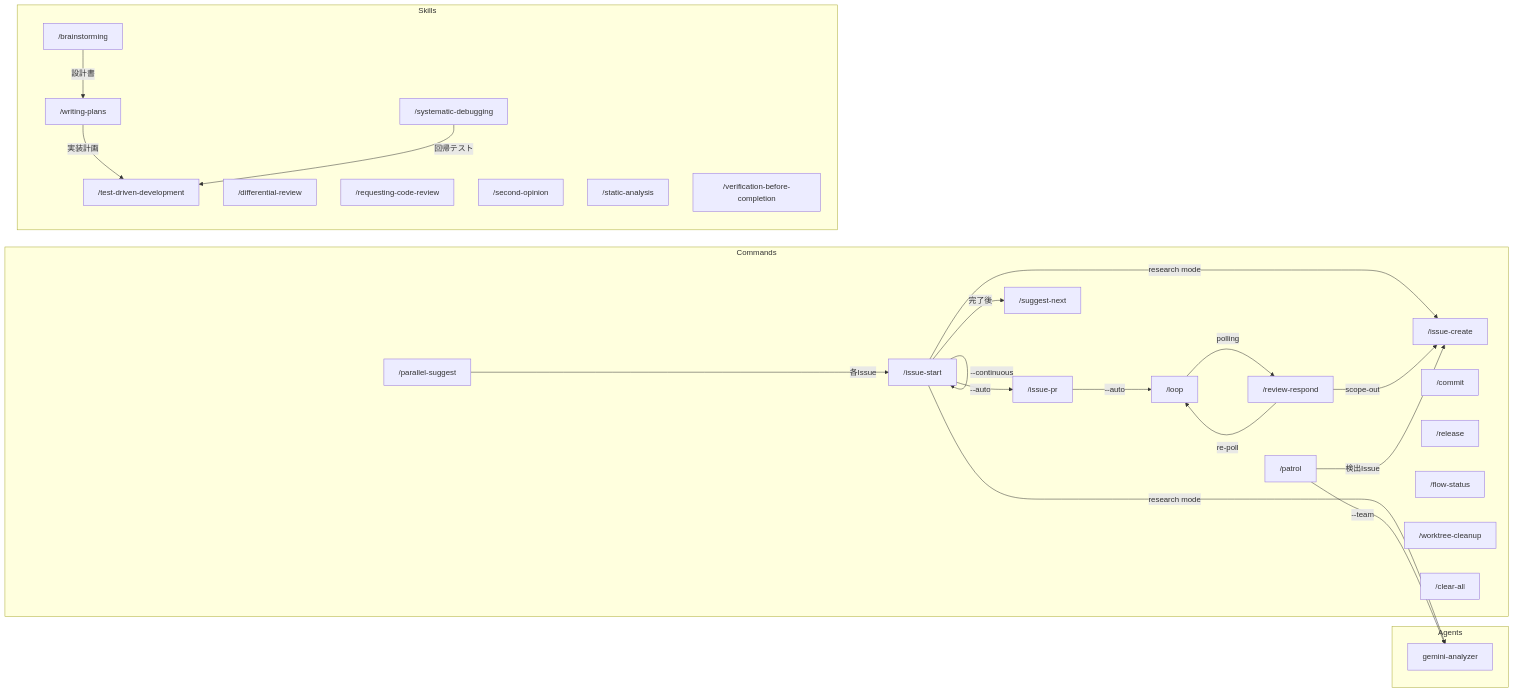
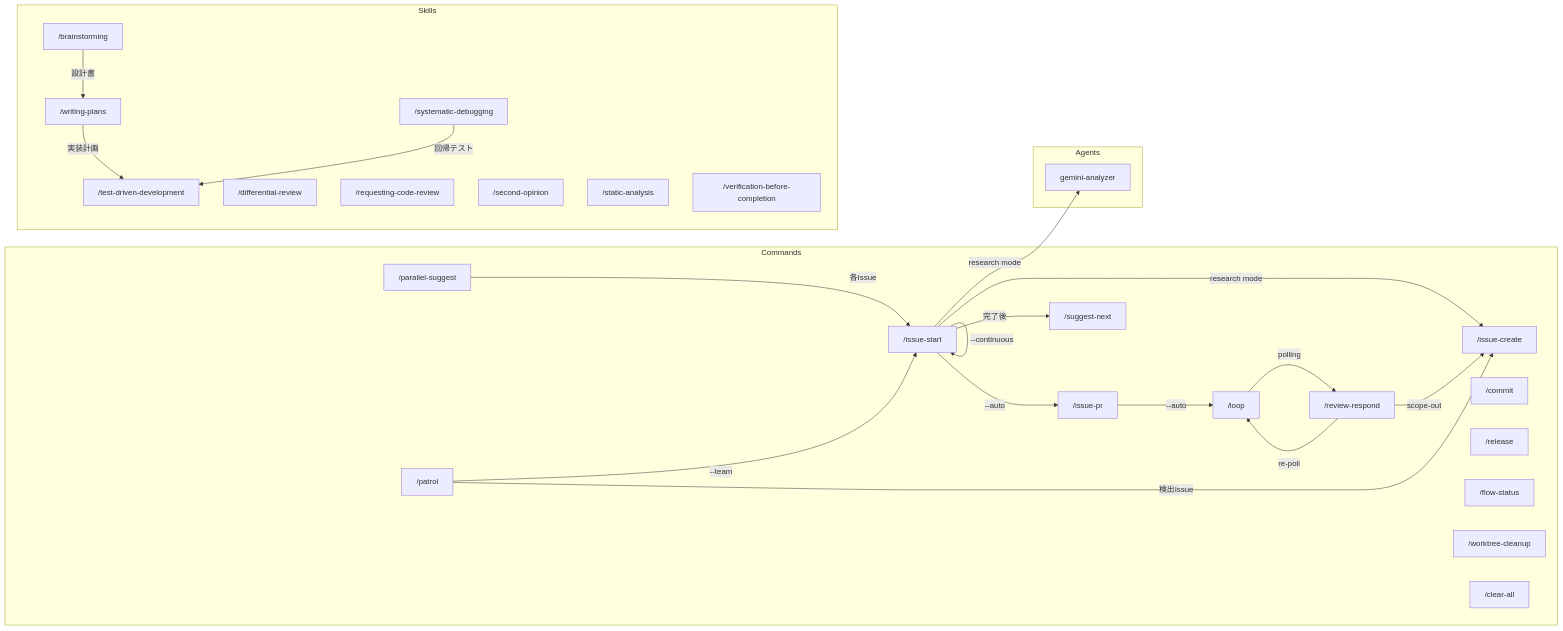
Before and after one commit to KdavisO/claude-project-template: the first of 8 diagrams in docs/command-orchestration.md, drawn with Mermaid. The commit also changed other lines of this file, not shown here.

First line of the commit message:
fix: Copilotレビュー指摘に基づくフロー図の修正

````diff
--- a/docs/command-orchestration.md
+++ b/docs/command-orchestration.md
@@ -7,50 +7,50 @@
 ```mermaid
 graph LR
     subgraph Commands
         IS["/issue-start"]
         IP["/issue-pr"]
         RR["/review-respond"]
         LP["/loop"]
         SN["/suggest-next"]
         PS["/parallel-suggest"]
         PT["/patrol"]
         IC["/issue-create"]
         CM["/commit"]
         RL["/release"]
         FS["/flow-status"]
         WC["/worktree-cleanup"]
         CA["/clear-all"]
     end
 
     subgraph Skills
         BD["/brainstorming"]
         WP["/writing-plans"]
         TDD["/test-driven-development"]
         SD["/systematic-debugging"]
         DR["/differential-review"]
         RCR["/requesting-code-review"]
         SO["/second-opinion"]
         SA["/static-analysis"]
         VBC["/verification-before-completion"]
     end
 
     subgraph Agents
         GA["gemini-analyzer"]
     end
 
     IS -->|"--auto"| IP
     IS -->|"完了後"| SN
     IS -->|"--continuous"| IS
     IS -->|"research mode"| IC
     IS -->|"research mode"| GA
     IP -->|"--auto"| LP
     LP -->|"polling"| RR
     RR -->|"scope-out"| IC
     RR -->|"re-poll"| LP
     PS -->|"各Issue"| IS
     PT -->|"検出Issue"| IC
-    PT -->|"--team"| GA
+    PT -->|"--team"| IS
     BD -->|"設計書"| WP
     WP -->|"実装計画"| TDD
     SD -->|"回帰テスト"| TDD
 ```
````
